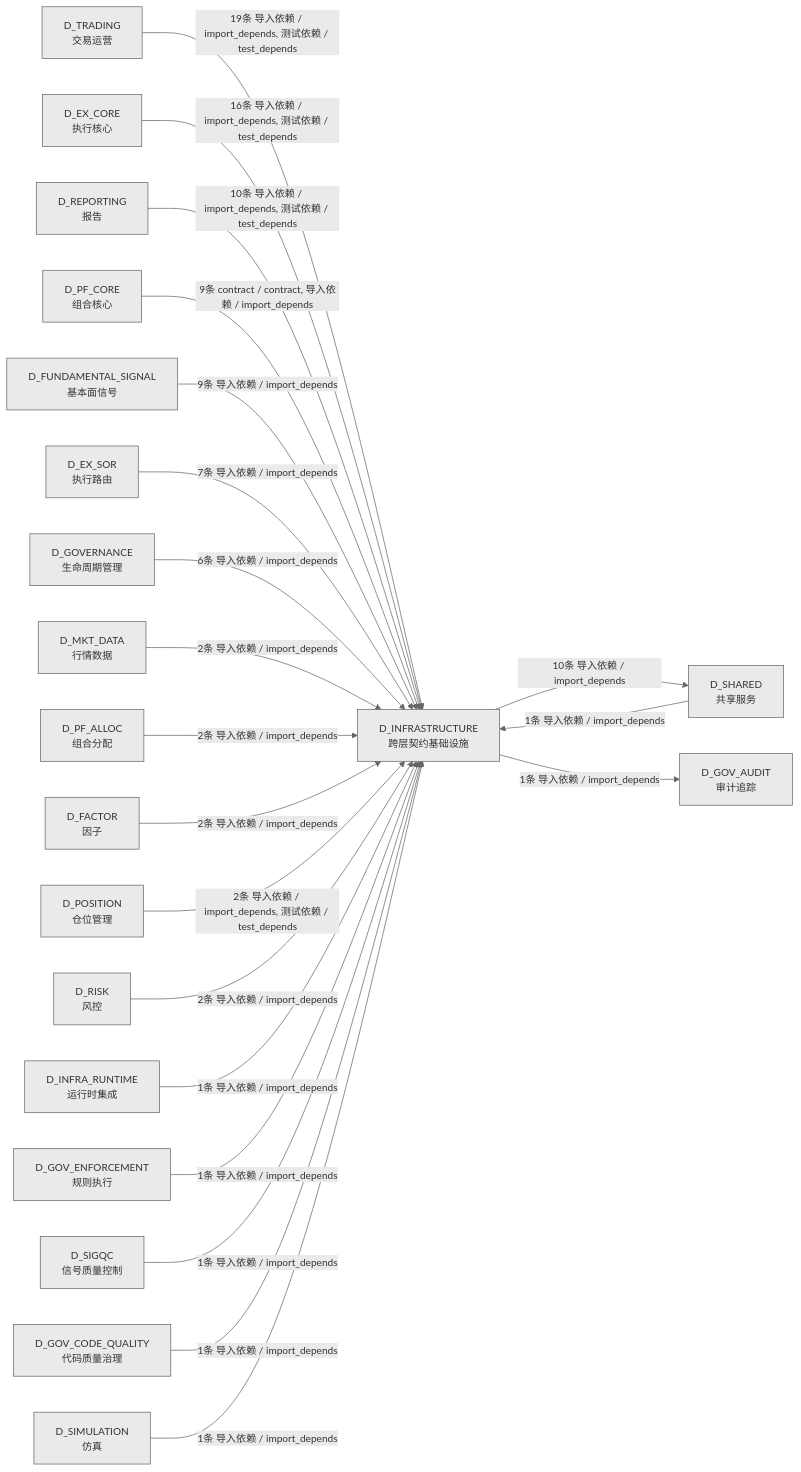
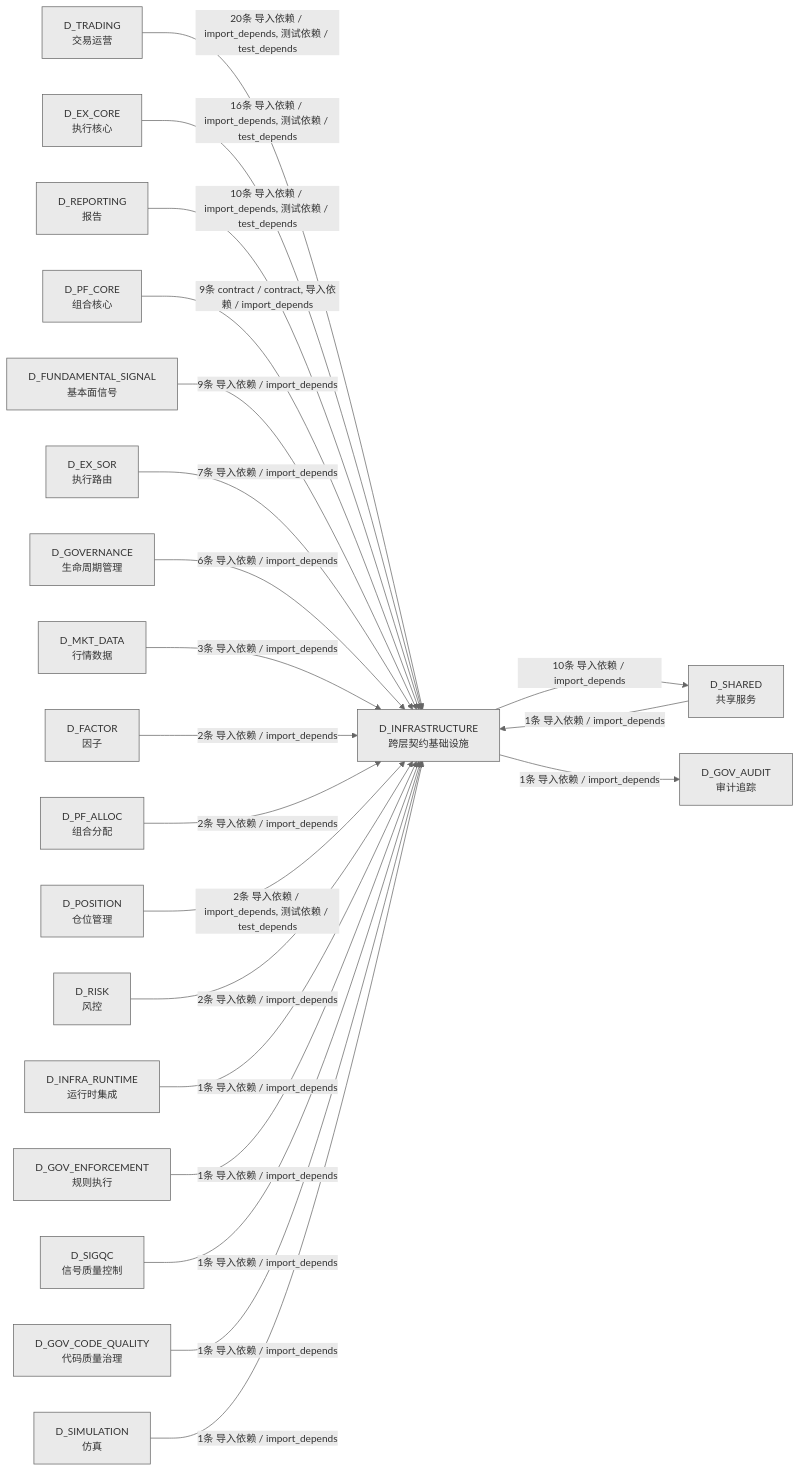
One commit to xuanFelixVan/ZephyrAlpha changed the third of 3 diagrams in docs/02_enterprise_architecture/02_domain_architecture_docs/02_d_infrastructure.md. Above: the diagram before and after it, drawn with Mermaid. The commit also changed other lines of this file and 46 other files, not shown here.

````diff
--- a/docs/02_enterprise_architecture/02_domain_architecture_docs/02_d_infrastructure.md
+++ b/docs/02_enterprise_architecture/02_domain_architecture_docs/02_d_infrastructure.md
@@ -340,44 +342,44 @@
 ```mermaid
 %%{init: {'theme': 'base', 'themeVariables': {'primaryColor': '#eaeaea', 'primaryTextColor': '#333333', 'primaryBorderColor': '#666666', 'lineColor': '#666666', 'secondaryColor': '#eaeaea', 'tertiaryColor': '#eaeaea', 'fontSize': '14px'}}}%%
 graph LR
     D_INFRASTRUCTURE["D_INFRASTRUCTURE<br/>跨层契约基础设施"]
     D_SHARED["D_SHARED<br/>共享服务"]
     D_GOV_AUDIT["D_GOV_AUDIT<br/>审计追踪"]
     D_TRADING["D_TRADING<br/>交易运营"]
     D_EX_CORE["D_EX_CORE<br/>执行核心"]
     D_REPORTING["D_REPORTING<br/>报告"]
     D_PF_CORE["D_PF_CORE<br/>组合核心"]
     D_FUNDAMENTAL_SIGNAL["D_FUNDAMENTAL_SIGNAL<br/>基本面信号"]
     D_EX_SOR["D_EX_SOR<br/>执行路由"]
     D_GOVERNANCE["D_GOVERNANCE<br/>生命周期管理"]
     D_MKT_DATA["D_MKT_DATA<br/>行情数据"]
+    D_FACTOR["D_FACTOR<br/>因子"]
     D_PF_ALLOC["D_PF_ALLOC<br/>组合分配"]
-    D_FACTOR["D_FACTOR<br/>因子"]
     D_POSITION["D_POSITION<br/>仓位管理"]
     D_RISK["D_RISK<br/>风控"]
     D_INFRA_RUNTIME["D_INFRA_RUNTIME<br/>运行时集成"]
     D_GOV_ENFORCEMENT["D_GOV_ENFORCEMENT<br/>规则执行"]
     D_SIGQC["D_SIGQC<br/>信号质量控制"]
     D_GOV_CODE_QUALITY["D_GOV_CODE_QUALITY<br/>代码质量治理"]
     D_SIMULATION["D_SIMULATION<br/>仿真"]
     D_INFRASTRUCTURE -->|10条 导入依赖 / import_depends| D_SHARED
     D_INFRASTRUCTURE -->|1条 导入依赖 / import_depends| D_GOV_AUDIT
-    D_TRADING -->|19条 导入依赖 / import_depends, 测试依赖 / test_depends| D_INFRASTRUCTURE
+    D_TRADING -->|20条 导入依赖 / import_depends, 测试依赖 / test_depends| D_INFRASTRUCTURE
     D_EX_CORE -->|16条 导入依赖 / import_depends, 测试依赖 / test_depends| D_INFRASTRUCTURE
     D_REPORTING -->|10条 导入依赖 / import_depends, 测试依赖 / test_depends| D_INFRASTRUCTURE
     D_PF_CORE -->|9条 contract / contract, 导入依赖 / import_depends| D_INFRASTRUCTURE
     D_FUNDAMENTAL_SIGNAL -->|9条 导入依赖 / import_depends| D_INFRASTRUCTURE
     D_EX_SOR -->|7条 导入依赖 / import_depends| D_INFRASTRUCTURE
     D_GOVERNANCE -->|6条 导入依赖 / import_depends| D_INFRASTRUCTURE
-    D_MKT_DATA -->|2条 导入依赖 / import_depends| D_INFRASTRUCTURE
+    D_MKT_DATA -->|3条 导入依赖 / import_depends| D_INFRASTRUCTURE
+    D_FACTOR -->|2条 导入依赖 / import_depends| D_INFRASTRUCTURE
     D_PF_ALLOC -->|2条 导入依赖 / import_depends| D_INFRASTRUCTURE
-    D_FACTOR -->|2条 导入依赖 / import_depends| D_INFRASTRUCTURE
     D_POSITION -->|2条 导入依赖 / import_depends, 测试依赖 / test_depends| D_INFRASTRUCTURE
     D_RISK -->|2条 导入依赖 / import_depends| D_INFRASTRUCTURE
     D_INFRA_RUNTIME -->|1条 导入依赖 / import_depends| D_INFRASTRUCTURE
     D_GOV_ENFORCEMENT -->|1条 导入依赖 / import_depends| D_INFRASTRUCTURE
     D_SHARED -->|1条 导入依赖 / import_depends| D_INFRASTRUCTURE
     D_SIGQC -->|1条 导入依赖 / import_depends| D_INFRASTRUCTURE
     D_GOV_CODE_QUALITY -->|1条 导入依赖 / import_depends| D_INFRASTRUCTURE
     D_SIMULATION -->|1条 导入依赖 / import_depends| D_INFRASTRUCTURE
 ```
````
